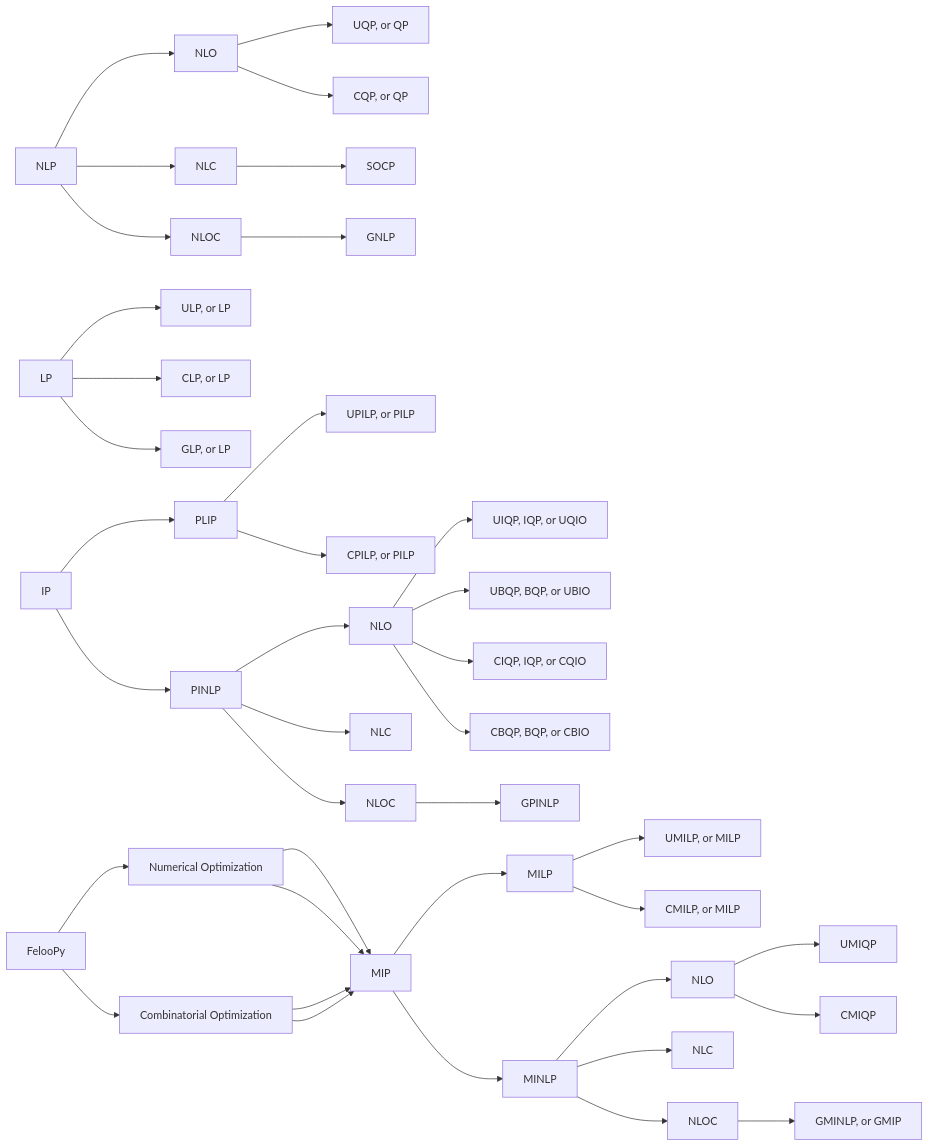
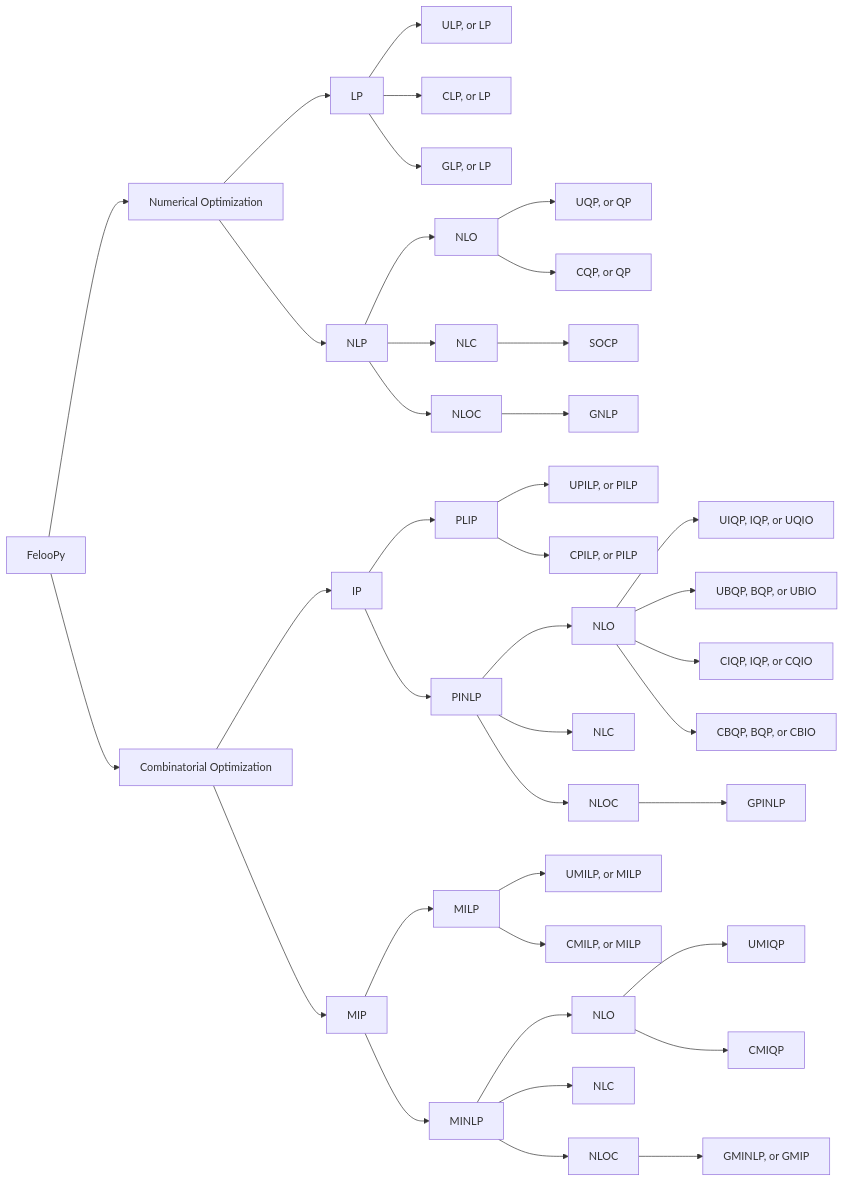
Before and after one commit to ktafakkori/feloopy: the diagram in README.md, drawn with Mermaid.

Commit message:
revised files.

````diff
--- a/README.md
+++ b/README.md
@@ -80,41 +80,41 @@
 ```mermaid
 graph LR 
  CLASS["FelooPy"] --> SUBCLASS1["Numerical Optimization"]
  CLASS["FelooPy"] --> SUBCLASS2["Combinatorial Optimization"]
- SUBCLASS1["Numerical Optimization"] --> D["LP"]
- SUBCLASS1["Numerical Optimization"] --> D["NLP"]
- SUBCLASS2["Combinatorial Optimization"] --> D["IP"]
+ SUBCLASS1["Numerical Optimization"] --> A["LP"]
+ SUBCLASS1["Numerical Optimization"] --> B["NLP"]
+ SUBCLASS2["Combinatorial Optimization"] --> C["IP"]
  SUBCLASS2["Combinatorial Optimization"] --> D["MIP"]
  A["LP"] --> A1["ULP, or LP"]
  A["LP"] --> A2["CLP, or LP"]
  A["LP"] --> A3["GLP, or LP"]
  B["NLP"] --> B1["NLO"]
  B1["NLO"] --> B11["UQP, or QP"]
  B1["NLO"] --> B12["CQP, or QP"]
  B["NLP"] --> B2["NLC"]
  B2["NLC"] --> B21["SOCP"]
  B["NLP"] --> B3["NLOC"]
  B3["NLOC"] --> B31["GNLP"]
  C["IP"] --> C1["PILP"]
  C1["PLIP"] --> C11["UPILP, or PILP"]
  C1["PLIP"] --> C12["CPILP, or PILP"]
  C["IP"] --> C2["PINLP"]
  C2["PINLP"] --> C21["NLO"]
  C21["NLO"] --> C211["UIQP, IQP, or UQIO"]
  C21["NLO"] --> C212["UBQP, BQP, or UBIO"]
  C21["NLO"] --> C213["CIQP, IQP, or CQIO"]
  C21["NLO"] --> C214["CBQP, BQP, or CBIO"]
  C2["PINLP"] --> C22["NLC"]
  C2["PINLP"] --> C23["NLOC"]
  C23["NLOC"] --> C231["GPINLP"]
  D["MIP"] --> D1["MILP"]  
  D1["MILP"] --> D11["UMILP, or MILP"]
  D1["MILP"] --> D12["CMILP, or MILP"]
  D["MIP"] --> D2["MINLP"]  
  D2["MINLP"] --> D21["NLO"]
  D21["NLO"] --> D211["UMIQP"]
  D21["NLO"] --> D212["CMIQP"]
  D2["MINLP"] --> D22["NLC"]
  D2["MINLP"] --> D23["NLOC"]
  D23["NLOC"] --> D231["GMINLP, or GMIP"]
 ```
````
